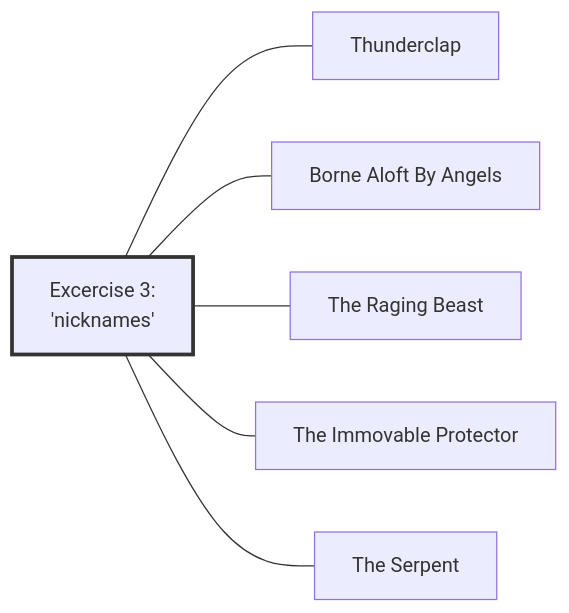
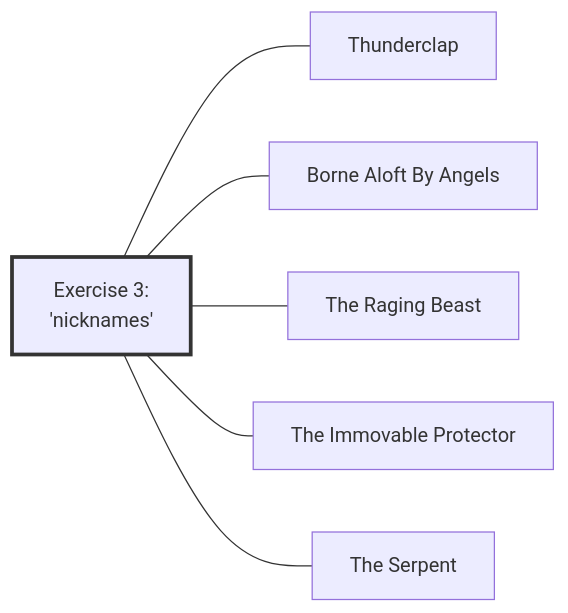
One commit to fschuhi/digital-garden-rob-burbea-work changed the diagram in 2020 Vajra Music/Talks/Preliminaries Regarding Voice, Movement, and Gesture - Part 2.md. Above: the diagram before and after it, drawn with Mermaid. The commit also changed other lines of this file and 59 other files, not shown here.

````diff
--- a/2020 Vajra Music/Talks/Preliminaries Regarding Voice, Movement, and Gesture - Part 2.md
+++ b/2020 Vajra Music/Talks/Preliminaries Regarding Voice, Movement, and Gesture - Part 2.md
@@ -16,14 +16,14 @@
 ```mermaid
 graph LR
 
 %% classDef FixFont font-size:12px
 classDef FatStroke stroke:#333,stroke-width:3px
 
-E[Excercise 3:<br>'nicknames']:::FatStroke
+E[Exercise 3:<br>'nicknames']:::FatStroke
 E --- E3-1[Thunderclap]
 E --- E3-2[Borne Aloft By Angels]
 E --- E3-3[The Raging Beast]
 E --- E3-4[The Immovable Protector]
 E --- E3-5[The Serpent]
 
 ```
````
